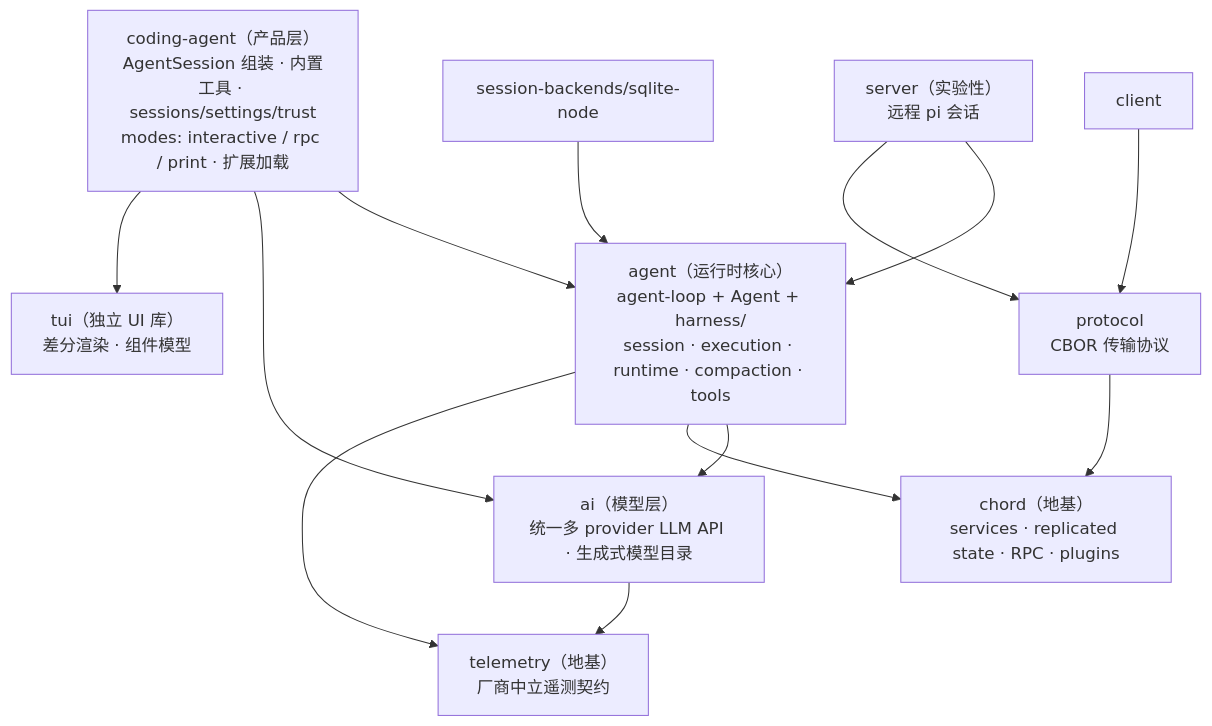
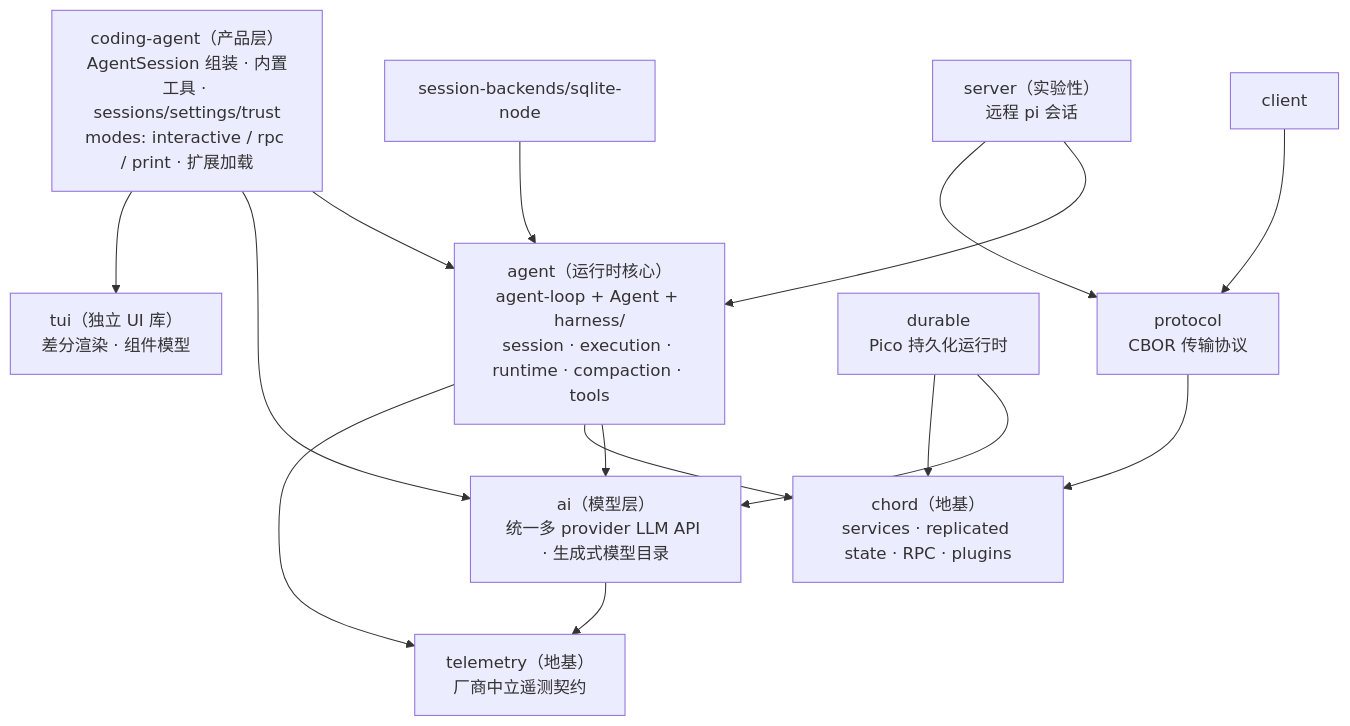
One commit to ypzyfl/pi changed the diagram in learning/learning-path.zh.md. Above: the diagram before and after it, drawn with Mermaid. The commit also changed other lines of this file and 20 other files, not shown here.

````diff
--- a/learning/learning-path.zh.md
+++ b/learning/learning-path.zh.md
@@ -49,21 +49,23 @@
 ```mermaid
 flowchart TB
     CA["coding-agent（产品层）<br/>AgentSession 组装 · 内置工具 · sessions/settings/trust<br/>modes: interactive / rpc / print · 扩展加载"]
     CA --> AGENT
     CA --> AI
     CA --> TUI
     SERVER["server（实验性）<br/>远程 pi 会话"] --> AGENT
     SERVER --> PROTOCOL
     CLIENT["client"] --> PROTOCOL
     PROTOCOL["protocol<br/>CBOR 传输协议"] --> CHORD
     SQLITE["session-backends/sqlite-node"] --> AGENT
     AGENT["agent（运行时核心）<br/>agent-loop + Agent + harness/<br/>session · execution · runtime · compaction · tools"]
     AGENT --> AI
     AGENT --> CHORD
     AGENT --> TELEMETRY
     AI["ai（模型层）<br/>统一多 provider LLM API · 生成式模型目录"]
     AI --> TELEMETRY
+    DURABLE["durable<br/>Pico 持久化运行时"] --> AI
+    DURABLE --> CHORD
     TUI["tui（独立 UI 库）<br/>差分渲染 · 组件模型"]
     CHORD["chord（地基）<br/>services · replicated state · RPC · plugins"]
     TELEMETRY["telemetry（地基）<br/>厂商中立遥测契约"]
 ```
````
